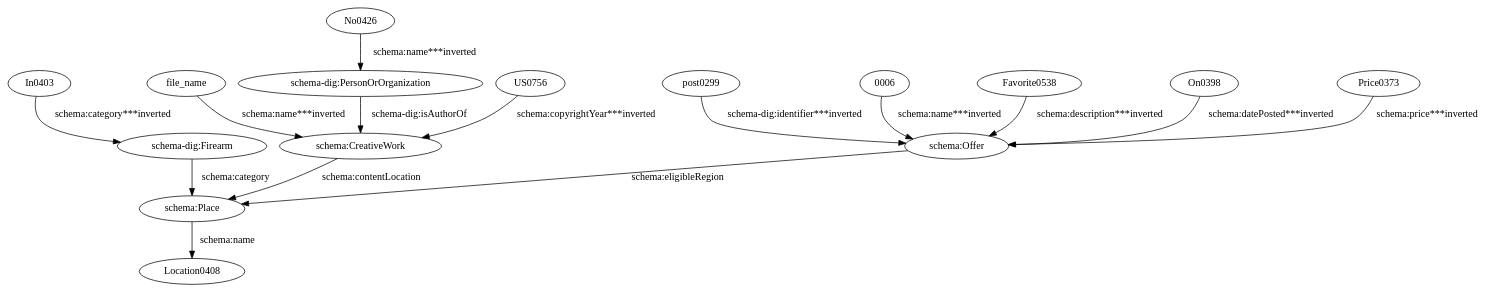
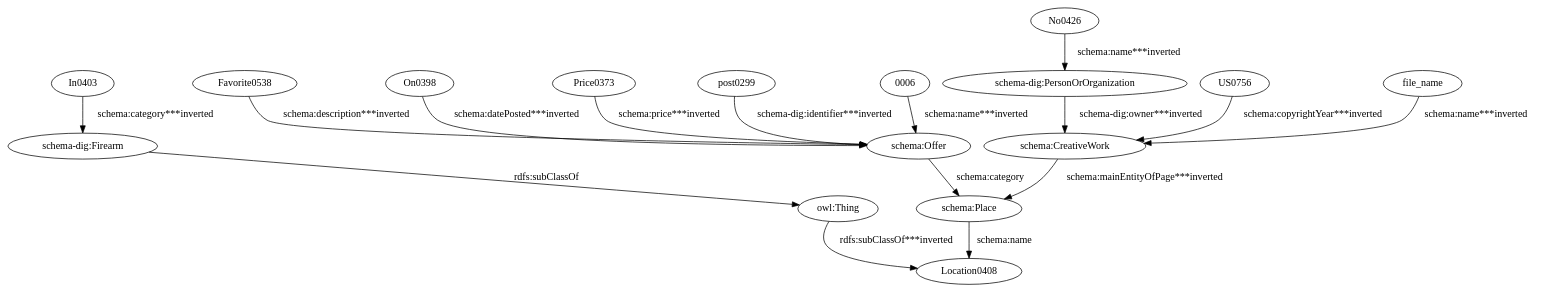
The diagram in data/taheriyan2016/task_04/semantic_models/steiner/dot/armslist.dot (giuseppefutia/semi), drawn with Graphviz before and after one commit. The commit also changed 120 other files, not shown here.

```diff
--- a/data/taheriyan2016/task_04/semantic_models/steiner/dot/armslist.dot
+++ b/data/taheriyan2016/task_04/semantic_models/steiner/dot/armslist.dot
@@ -1,31 +1,33 @@
 digraph {
   "0006" [type=attribute_name,label="0006"]
   "schema:Offer1" [type=class_uri,label="schema:Offer"]
   Favorite0538 [type=attribute_name,label=Favorite0538]
   In0403 [type=attribute_name,label=In0403]
   "schema-dig:Firearm1" [type=class_uri,label="schema-dig:Firearm"]
   No0426 [type=attribute_name,label=No0426]
   "schema-dig:PersonOrOrganization1" [type=class_uri,label="schema-dig:PersonOrOrganization"]
   On0398 [type=attribute_name,label=On0398]
   Price0373 [type=attribute_name,label=Price0373]
   US0756 [type=attribute_name,label=US0756]
   "schema:CreativeWork1" [type=class_uri,label="schema:CreativeWork"]
   file_name [type=attribute_name,label=file_name]
+  "owl:Thing" [type=special,label="owl:Thing"]
+  Location0408 [type=attribute_name,label=Location0408]
   post0299 [type=attribute_name,label=post0299]
   "schema:Place1" [type=class_uri,label="schema:Place"]
-  Location0408 [type=attribute_name,label=Location0408]
   "0006" -> "schema:Offer1" [type=st_property_uri,label="schema:name***inverted",weight=1]
   Favorite0538 -> "schema:Offer1" [type=st_property_uri,label="schema:description***inverted",weight=1]
   In0403 -> "schema-dig:Firearm1" [type=st_property_uri,label="schema:category***inverted",weight=1]
   No0426 -> "schema-dig:PersonOrOrganization1" [type=st_property_uri,label="schema:name***inverted",weight=1]
   On0398 -> "schema:Offer1" [type=st_property_uri,label="schema:datePosted***inverted",weight=1]
   Price0373 -> "schema:Offer1" [type=st_property_uri,label="schema:price***inverted",weight=1]
   US0756 -> "schema:CreativeWork1" [type=st_property_uri,label="schema:copyrightYear***inverted",weight=1]
   file_name -> "schema:CreativeWork1" [type=st_property_uri,label="schema:name***inverted",weight=1]
+  "owl:Thing" -> Location0408 [type=inherited,label="rdfs:subClassOf***inverted",weight=0.3333333333333333]
   post0299 -> "schema:Offer1" [type=st_property_uri,label="schema-dig:identifier***inverted",weight=1]
-  "schema-dig:Firearm1" -> "schema:Place1" [label="schema:category",type=inherited,weight=4]
-  "schema-dig:PersonOrOrganization1" -> "schema:CreativeWork1" [label="schema-dig:isAuthorOf",type=direct_property_uri,weight=1]
-  "schema:CreativeWork1" -> "schema:Place1" [label="schema:contentLocation",type=direct_property_uri,weight=1]
-  "schema:Offer1" -> "schema:Place1" [label="schema:eligibleRegion",type=direct_property_uri,weight=1]
+  "schema-dig:Firearm1" -> "owl:Thing" [label="rdfs:subClassOf",type=inherited,weight=0.3333333333333333]
+  "schema-dig:PersonOrOrganization1" -> "schema:CreativeWork1" [type=inherited,label="schema-dig:owner***inverted",weight=4]
+  "schema:CreativeWork1" -> "schema:Place1" [type=inherited,label="schema:mainEntityOfPage***inverted",weight=4]
+  "schema:Offer1" -> "schema:Place1" [label="schema:category",type=inherited,weight=4]
   "schema:Place1" -> Location0408 [label="schema:name",type=st_property_uri]
 }
```
